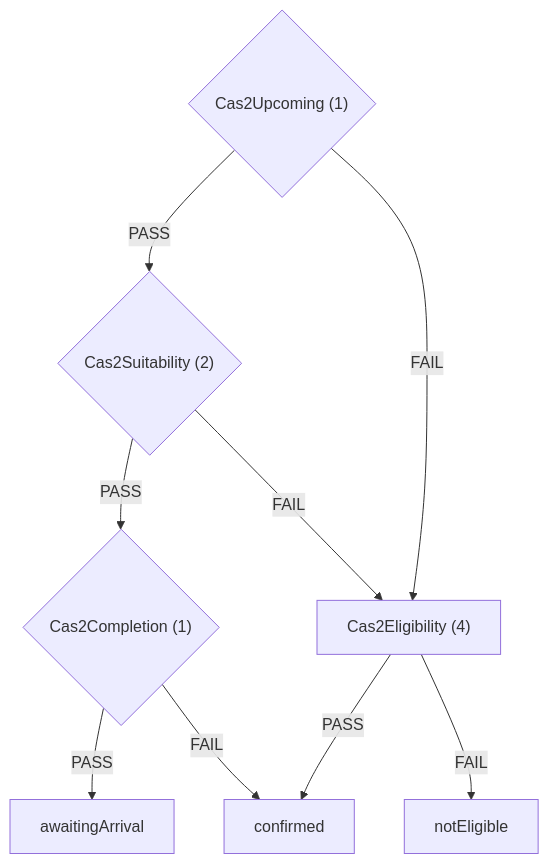
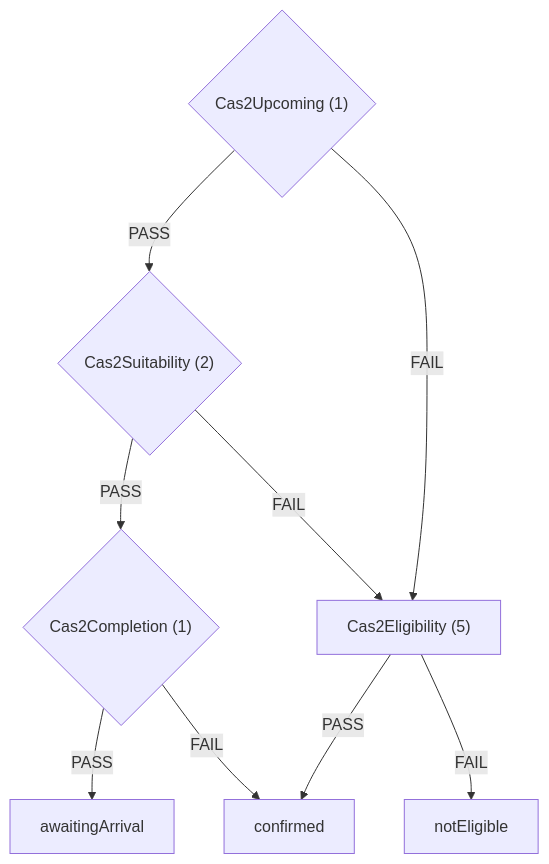
Before and after one commit to ministryofjustice/hmpps-single-accommodation-service-api: the second of 6 diagrams in docs/eligibility-rules-graph.md, drawn with Mermaid. The commit also changed other lines of this file and 6 other files, not shown here.

````diff
--- a/docs/eligibility-rules-graph.md
+++ b/docs/eligibility-rules-graph.md
@@ -84,18 +84,18 @@
 ```mermaid
 flowchart TD
   Cas2Upcoming{"Cas2Upcoming (1)"}
   Cas2Suitability{"Cas2Suitability (2)"}
   Cas2Completion{"Cas2Completion (1)"}
   awaitingArrival["awaitingArrival"]
   confirmed["confirmed"]
-  Cas2Eligibility["Cas2Eligibility (4)"]
+  Cas2Eligibility["Cas2Eligibility (5)"]
   notEligible["notEligible"]
   Cas2Completion -->|PASS| awaitingArrival
   Cas2Completion -->|FAIL| confirmed
   Cas2Eligibility -->|PASS| confirmed
   Cas2Eligibility -->|FAIL| notEligible
   Cas2Suitability -->|PASS| Cas2Completion
   Cas2Suitability -->|FAIL| Cas2Eligibility
   Cas2Upcoming -->|PASS| Cas2Suitability
   Cas2Upcoming -->|FAIL| Cas2Eligibility
 ```
````
